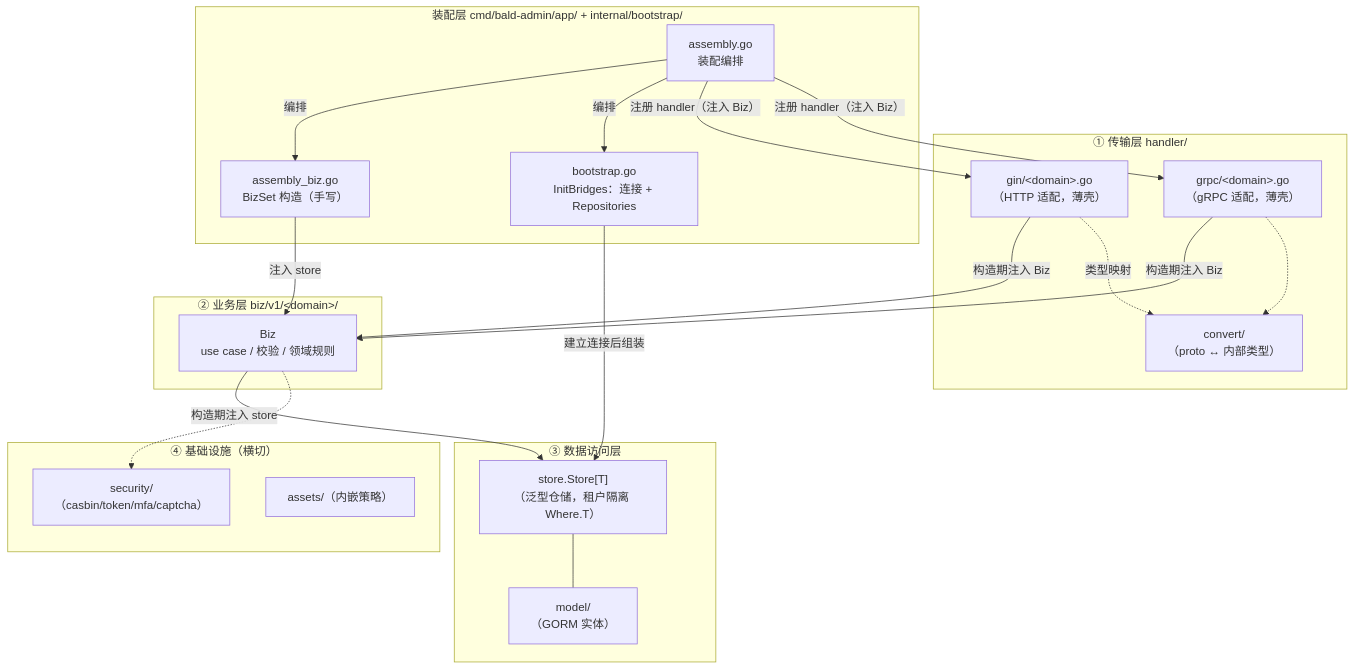
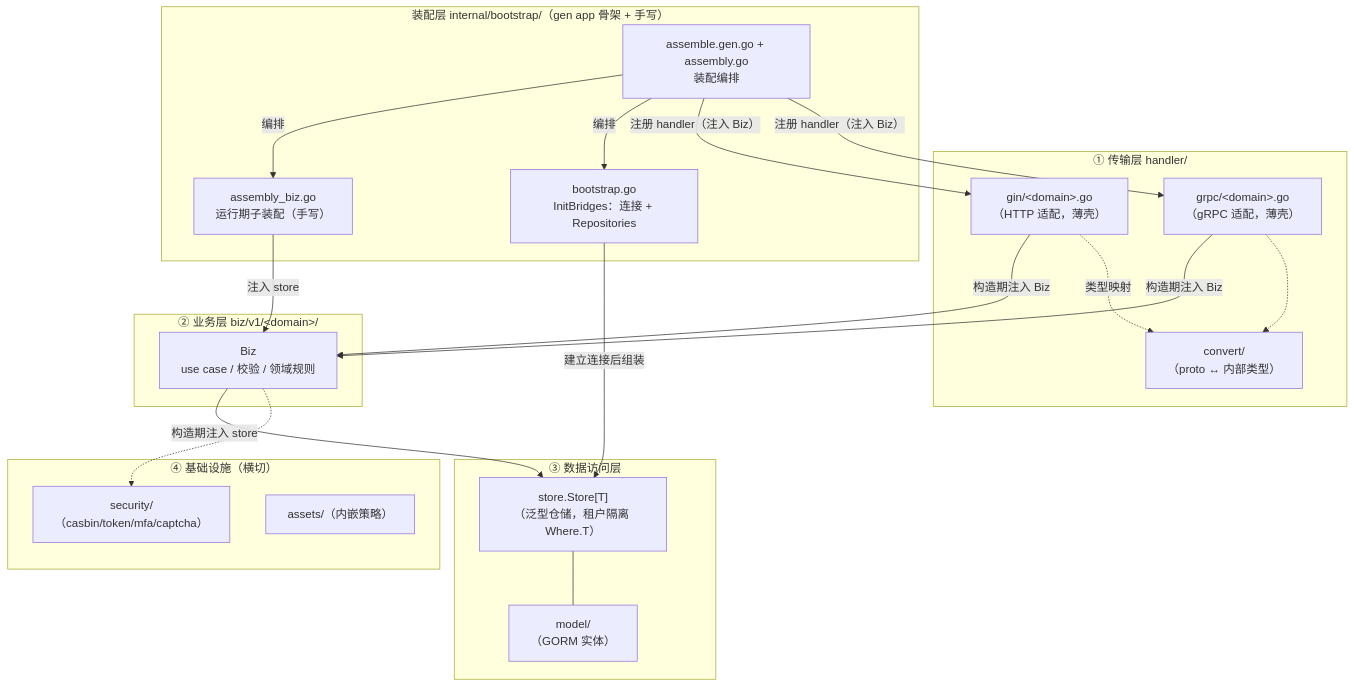
One commit to kalandramo/bald-admin changed the first of 5 diagrams in backend/docs/设计文档.md. Above: the diagram before and after it, drawn with Mermaid. The commit also changed other lines of this file and 153 other files, not shown here.

First line of the commit message:
refactor: 对齐 bald 新架构（依赖升级 + gen tree 收敛 + 门禁接线）

````diff
--- a/backend/docs/设计文档.md
+++ b/backend/docs/设计文档.md
@@ -96,42 +98,42 @@
 ```mermaid
 flowchart TB
     subgraph L1["① 传输层 handler/"]
         H1["gin/&lt;domain&gt;.go<br/>（HTTP 适配，薄壳）"]
         H2["grpc/&lt;domain&gt;.go<br/>（gRPC 适配，薄壳）"]
         CV["convert/<br/>（proto ↔ 内部类型）"]
     end
 
     subgraph L2["② 业务层 biz/v1/&lt;domain&gt;/"]
         B["Biz<br/>use case / 校验 / 领域规则"]
     end
 
     subgraph L3["③ 数据访问层"]
         S["store.Store[T]<br/>（泛型仓储，租户隔离 Where.T）"]
         M["model/<br/>（GORM 实体）"]
     end
 
     subgraph L4["④ 基础设施（横切）"]
         SEC["security/（casbin/token/mfa/captcha）"]
         ASC["assets/（内嵌策略）"]
     end
 
-    subgraph ASM["装配层 cmd/bald-admin/app/ + internal/bootstrap/"]
-        A1["assembly.go<br/>装配编排"]
-        A2["assembly_biz.go<br/>BizSet 构造（手写）"]
+    subgraph ASM["装配层 internal/bootstrap/（gen app 骨架 + 手写）"]
+        A1["assemble.gen.go + assembly.go<br/>装配编排"]
+        A2["assembly_biz.go<br/>运行期子装配（手写）"]
         A3["bootstrap.go<br/>InitBridges：连接 + Repositories"]
     end
 
     H1 -->|"构造期注入 Biz"| B
     H2 -->|"构造期注入 Biz"| B
     H1 -.->|"类型映射"| CV
     H2 -.-> CV
     B -->|"构造期注入 store"| S
     S --- M
     B -.-> SEC
     A3 -->|"建立连接后组装"| S
     A2 -->|"注入 store"| B
     A1 -->|"编排"| A2
     A1 -->|"编排"| A3
     A1 -->|"注册 handler（注入 Biz）"| H1
     A1 -->|"注册 handler（注入 Biz）"| H2
 ```
````
